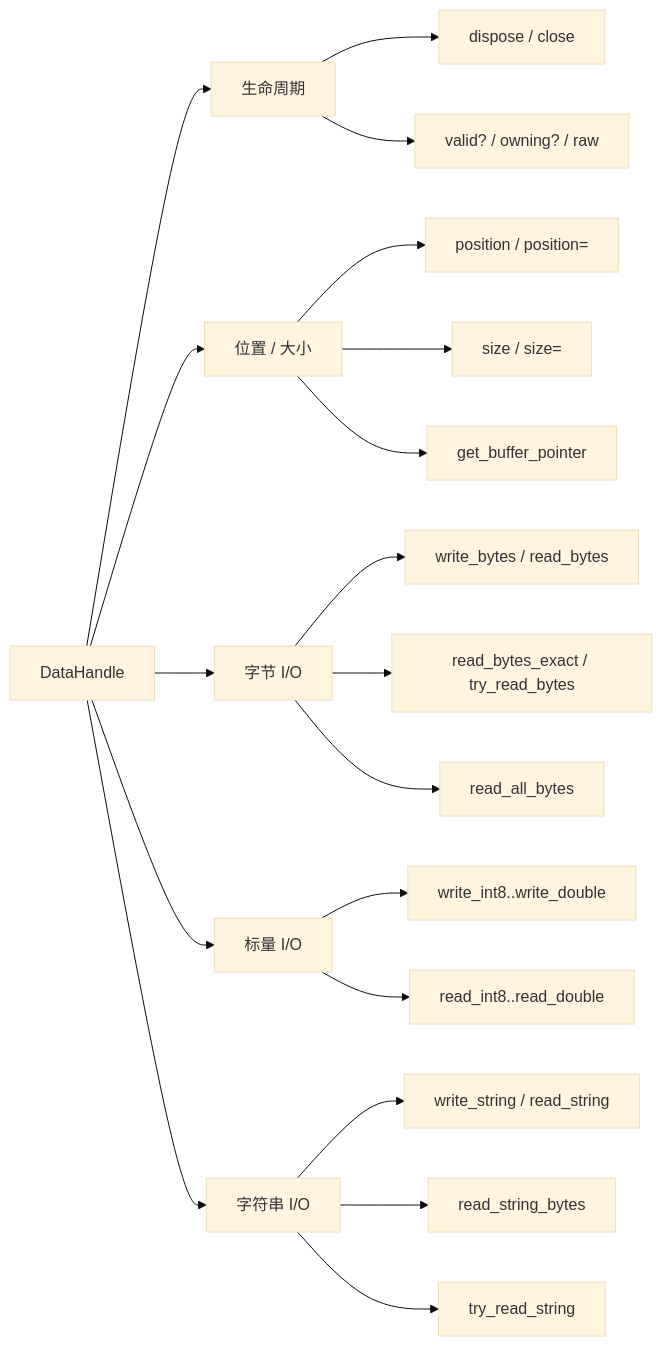
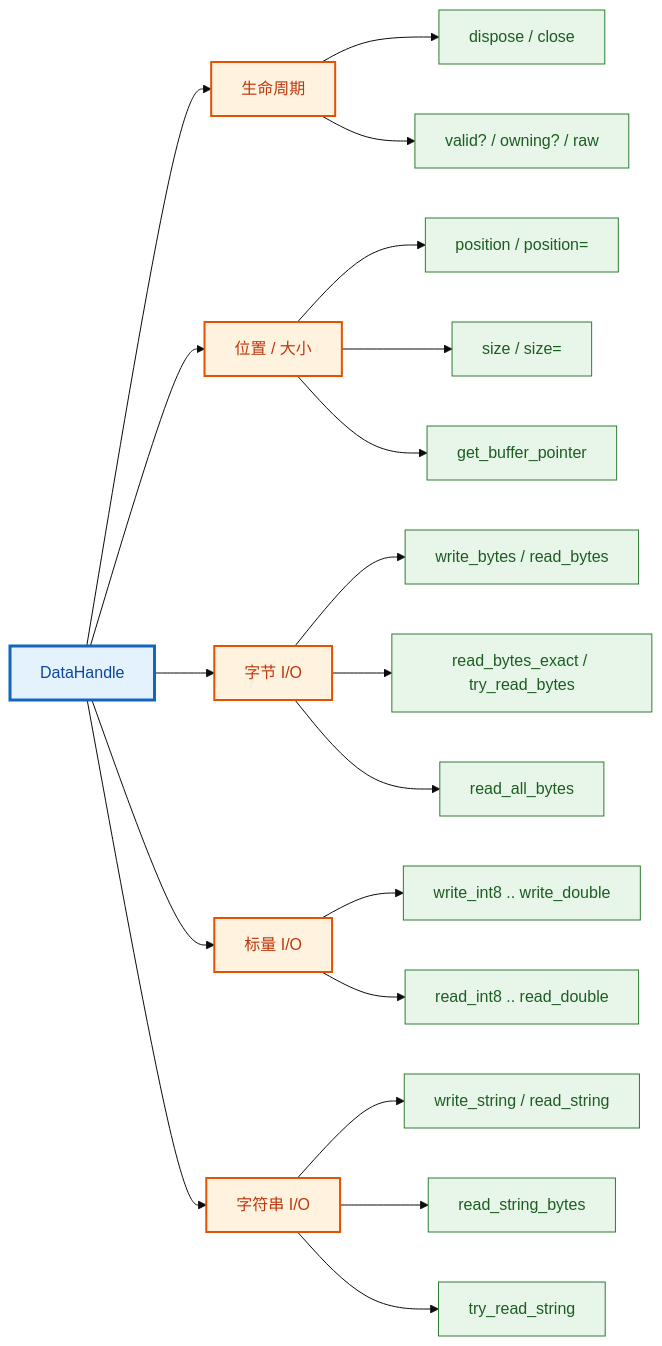
One commit to PassByYou888/LingoFuse changed diagram 18 of 23 in ruby/README.md. Above: the diagram before and after it, drawn with Mermaid (base theme). The commit also changed other lines of this file, not shown here.

````diff
--- a/ruby/README.md
+++ b/ruby/README.md
@@ -963,26 +1363,30 @@
 ```mermaid
 flowchart LR
     DH["DataHandle"] --> L["生命周期"]
     DH --> P["位置 / 大小"]
     DH --> B["字节 I/O"]
     DH --> S["标量 I/O"]
     DH --> T["字符串 I/O"]
 
     L --> L1["dispose / close"]
     L --> L2["valid? / owning? / raw"]
-
     P --> P1["position / position="]
     P --> P2["size / size="]
     P --> P3["get_buffer_pointer"]
-
     B --> B1["write_bytes / read_bytes"]
     B --> B2["read_bytes_exact / try_read_bytes"]
     B --> B3["read_all_bytes"]
-
-    S --> S1["write_int8..write_double"]
-    S --> S2["read_int8..read_double"]
-
+    S --> S1["write_int8 .. write_double"]
+    S --> S2["read_int8 .. read_double"]
     T --> T1["write_string / read_string"]
     T --> T2["read_string_bytes"]
     T --> T3["try_read_string"]
+
+    classDef root fill:#E3F2FD,stroke:#1565C0,stroke-width:3px,color:#0D47A1
+    classDef group fill:#FFF3E0,stroke:#E65100,stroke-width:2px,color:#BF360C
+    classDef leaf fill:#E8F5E9,stroke:#2E7D32,stroke-width:1px,color:#1B5E20
+
+    class DH root
+    class L,P,B,S,T group
+    class L1,L2,P1,P2,P3,B1,B2,B3,S1,S2,T1,T2,T3 leaf
 ```
````
